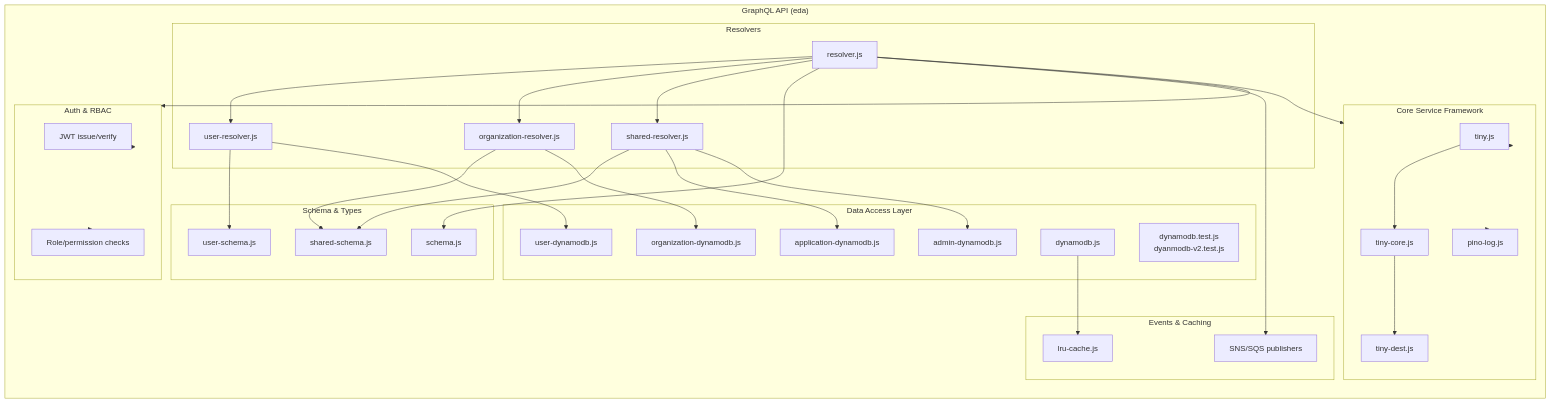
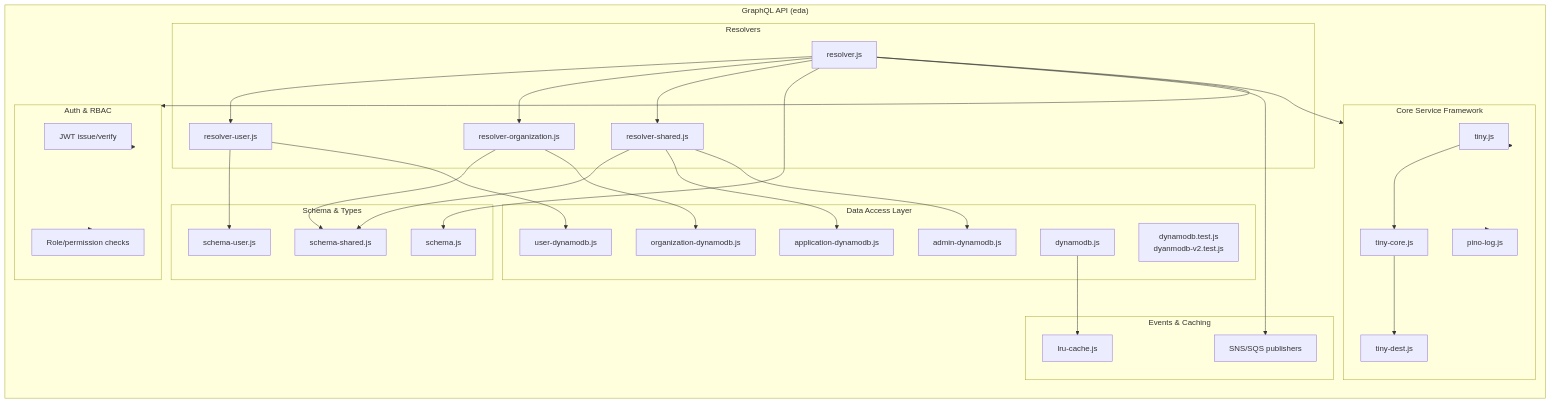
One commit to kidvz/ecs changed the third of 8 diagrams in Architecture.md. Above: the diagram before and after it, drawn with Mermaid. The commit also changed other lines of this file, not shown here.

Commit message:
chore: rename GraphQL resolver and schema files for consistency

````diff
--- a/Architecture.md
+++ b/Architecture.md
@@ -166,73 +166,73 @@
 ```mermaid
 graph TB
   subgraph Backend["GraphQL API (eda)"]
     direction TB
 
     subgraph Resolvers["Resolvers"]
       RES_ROOT["resolver.js"]
-      RES_USER["user-resolver.js"]
-      RES_ORG["organization-resolver.js"]
-      RES_SHARED["shared-resolver.js"]
+      RES_USER["resolver-user.js"]
+      RES_ORG["resolver-organization.js"]
+      RES_SHARED["resolver-shared.js"]
     end
 
     subgraph Schema["Schema & Types"]
       SCHEMA_ROOT["schema.js"]
-      SCHEMA_USER["user-schema.js"]
-      SCHEMA_SHARED["shared-schema.js"]
+      SCHEMA_USER["schema-user.js"]
+      SCHEMA_SHARED["schema-shared.js"]
     end
 
     subgraph DAL["Data Access Layer"]
       DAL_USER["user-dynamodb.js"]
       DAL_ORG["organization-dynamodb.js"]
       DAL_APP["application-dynamodb.js"]
       DAL_ADMIN["admin-dynamodb.js"]
       DAL_CORE["dynamodb.js"]
       DAL_TESTS["dynamodb.test.js\n dyanmodb-v2.test.js"]
     end
 
     subgraph Core["Core Service Framework"]
       TINY["tiny.js"]
       TINY_CORE["tiny-core.js"]
       TINY_DEST["tiny-dest.js"]
       LOG["pino-log.js"]
     end
 
     subgraph InfraUtils["Events & Caching"]
       EVENTS["SNS/SQS publishers"]
       CACHE["lru-cache.js"]
     end
 
     subgraph AuthRBAC["Auth & RBAC"]
       AUTH["JWT issue/verify"]
       RBAC["Role/permission checks"]
     end
   end
 
   %% Key dependencies
   RES_ROOT --> RES_USER
   RES_ROOT --> RES_ORG
   RES_ROOT --> RES_SHARED
 
   RES_USER --> SCHEMA_USER
   RES_ORG --> SCHEMA_SHARED
   RES_SHARED --> SCHEMA_SHARED
   RES_ROOT --> SCHEMA_ROOT
 
   RES_USER --> DAL_USER
   RES_ORG --> DAL_ORG
   RES_SHARED --> DAL_APP
   RES_SHARED --> DAL_ADMIN
 
   RES_ROOT --> AuthRBAC
   AuthRBAC --> AUTH
   AuthRBAC --> RBAC
 
   RES_ROOT --> Core
   Core --> LOG
   Core --> TINY
   TINY --> TINY_CORE
   TINY_CORE --> TINY_DEST
 
   RES_ROOT --> EVENTS
   DAL_CORE --> CACHE
 ```
````
